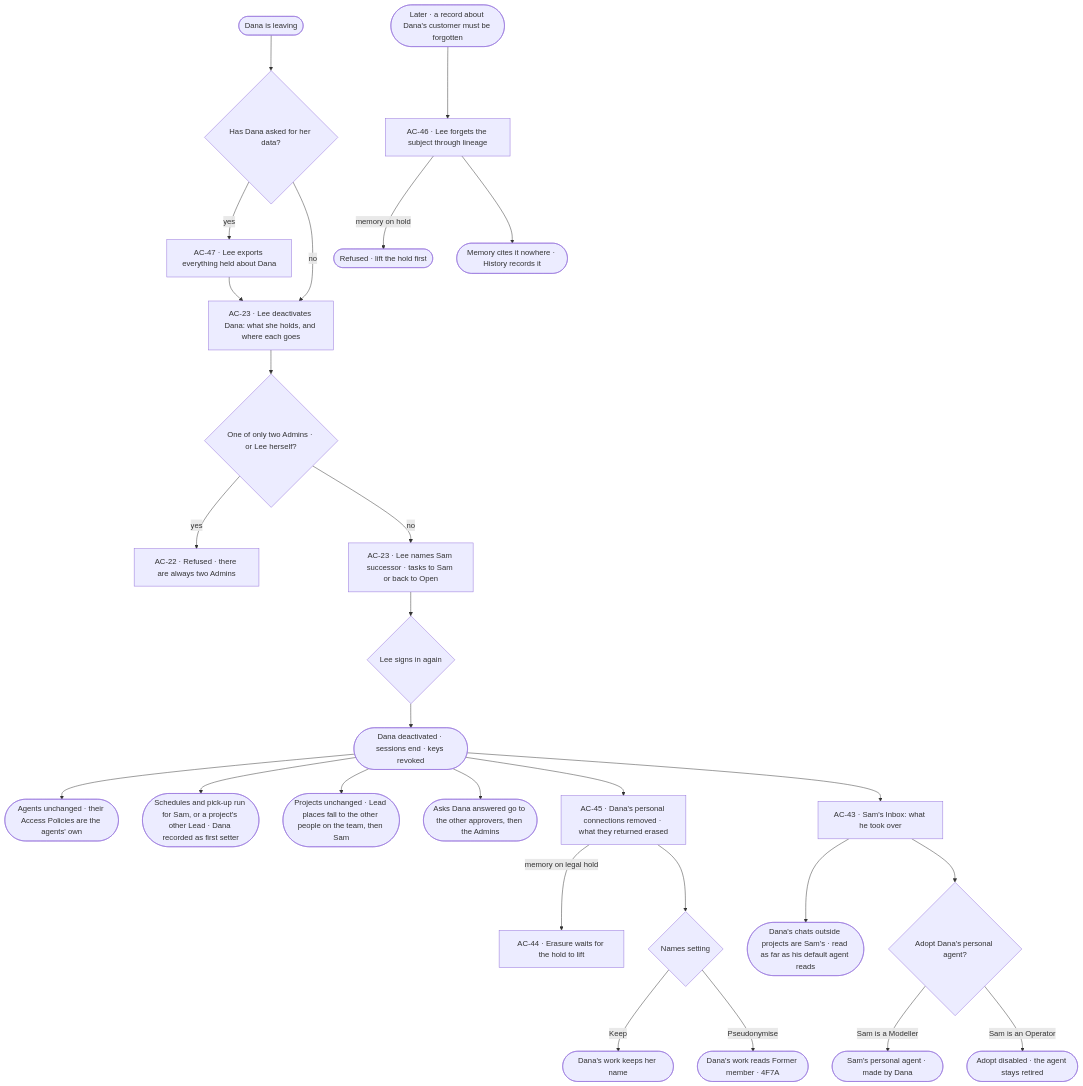
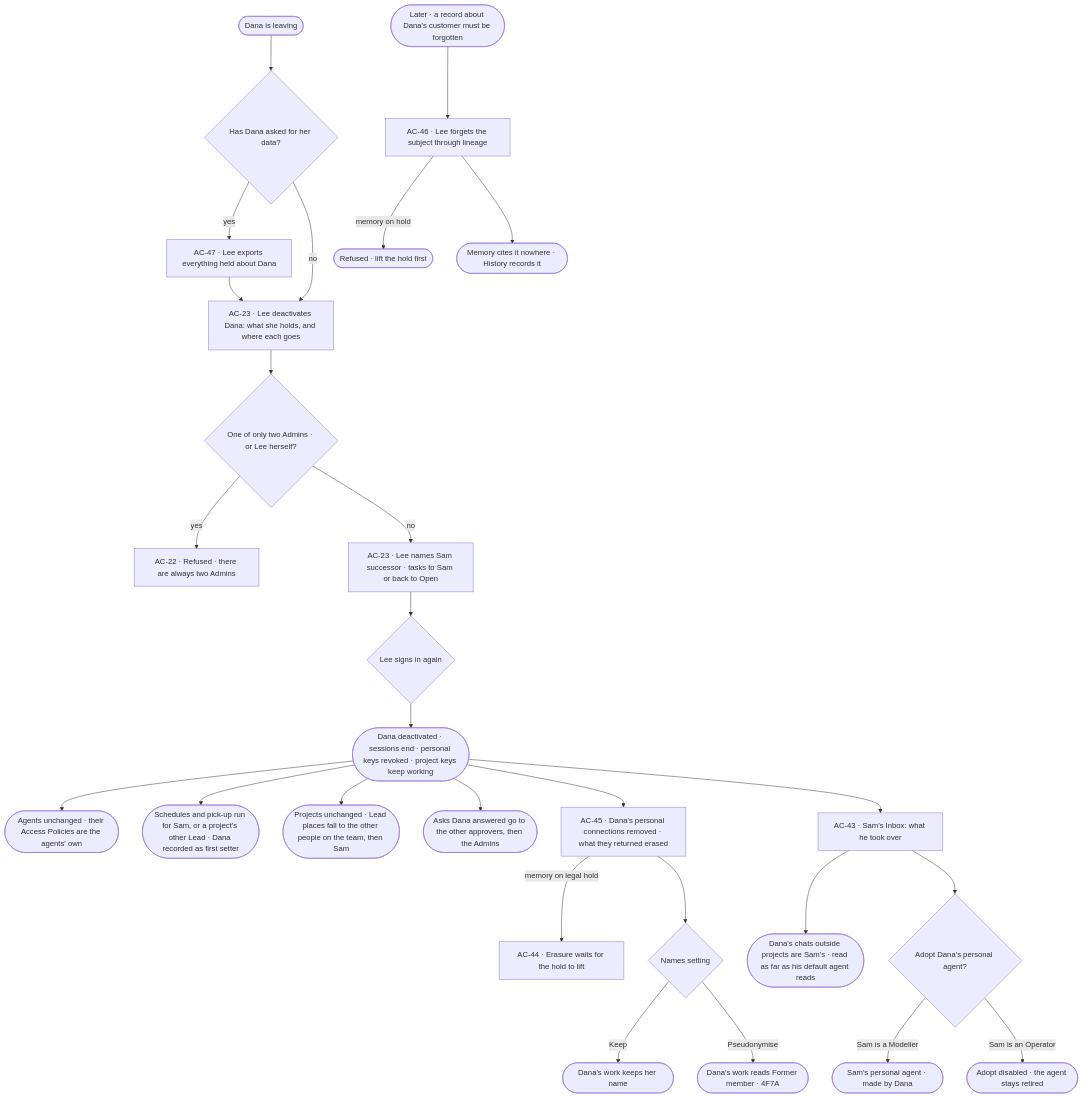
One commit to invana/invana changed the diagram in specs/journeys/J12-a-person-leaves-and-the-team-keeps-working.md. Above: the diagram before and after it, drawn with Mermaid. The commit also changed 40 other files, not shown here.

First line of the commit message:
docs(specs): remove service users; keys belong to a person or a project

````diff
--- a/specs/journeys/J12-a-person-leaves-and-the-team-keeps-working.md
+++ b/specs/journeys/J12-a-person-leaves-and-the-team-keeps-working.md
@@ -16,29 +16,29 @@
 ```mermaid
 flowchart TD
   P([Dana is leaving]) --> X{"Has Dana asked for her data?"}
   X -->|yes| EX["AC-47 · Lee exports everything held about Dana"]
   X -->|no| D
   EX --> D["AC-23 · Lee deactivates Dana: what she holds, and where each goes"]
   D --> A{"One of only two Admins · or Lee herself?"}
   A -->|yes| AR["AC-22 · Refused · there are always two Admins"]
   A -->|no| S["AC-23 · Lee names Sam successor · tasks to Sam or back to Open"]
   S --> PW{"Lee signs in again"}
-  PW --> OFF(["Dana deactivated · sessions end · keys revoked"])
+  PW --> OFF(["Dana deactivated · sessions end · personal keys revoked · project keys keep working"])
   OFF --> W1(["Agents unchanged · their Access Policies are the agents' own"])
   OFF --> W2(["Schedules and pick-up run for Sam, or a project's other Lead · Dana recorded as first setter"])
   OFF --> W3(["Projects unchanged · Lead places fall to the other people on the team, then Sam"])
   OFF --> W4(["Asks Dana answered go to the other approvers, then the Admins"])
   OFF --> PD["AC-45 · Dana's personal connections removed · what they returned erased"]
   PD -->|memory on legal hold| WH["AC-44 · Erasure waits for the hold to lift"]
   PD --> NM{"Names setting"}
   NM -->|Keep| K(["Dana's work keeps her name"])
   NM -->|Pseudonymise| PS(["Dana's work reads Former member · 4F7A"])
   OFF --> SAM["AC-43 · Sam's Inbox: what he took over"]
   SAM --> CH(["Dana's chats outside projects are Sam's · read as far as his default agent reads"])
   SAM --> AG{"Adopt Dana's personal agent?"}
   AG -->|Sam is a Modeller| AD(["Sam's personal agent · made by Dana"])
   AG -->|Sam is an Operator| AS(["Adopt disabled · the agent stays retired"])
   FG([Later · a record about Dana's customer must be forgotten]) --> F["AC-46 · Lee forgets the subject through lineage"]
   F -->|memory on hold| FR(["Refused · lift the hold first"])
   F --> FD(["Memory cites it nowhere · History records it"])
 ```
````
